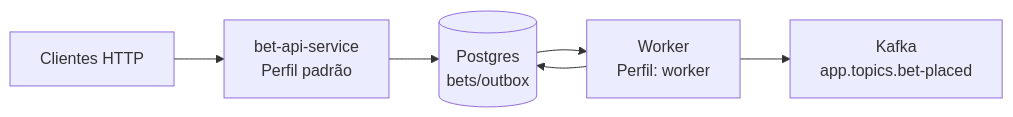
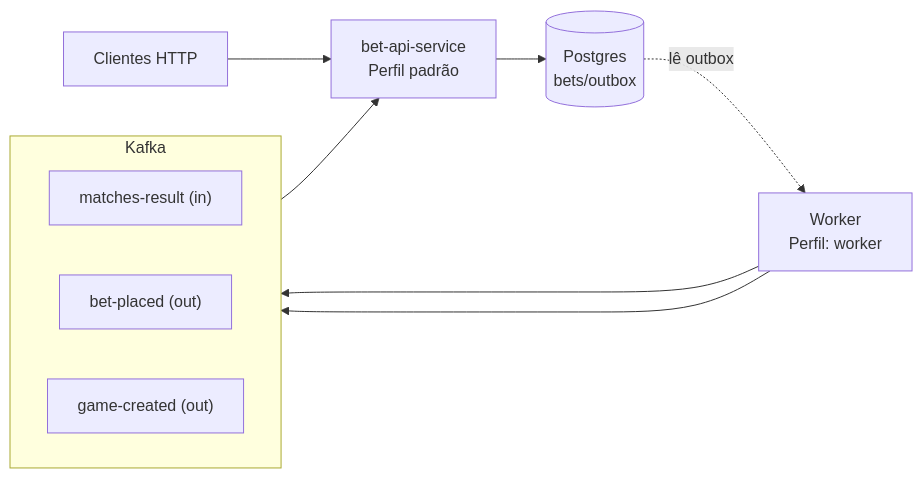
The first of 2 diagrams in services/bet-api-service/README.md (dev-rodrigues/bet-platform), drawn with Mermaid before and after one commit.

Commit message:
feat: atualizar diagrama de fluxo no README para incluir Kafka

````diff
--- a/services/bet-api-service/README.md
+++ b/services/bet-api-service/README.md
@@ -8,8 +8,16 @@
 ```mermaid
 flowchart LR
+    subgraph Kafka["Kafka"]
+        direction LR
+        kafkaIn["matches-result (in)"]
+        kafkaBetOut["bet-placed (out)"]
+        kafkaGameOut["game-created (out)"]
+    end
+
+    kafkaIn --> api
     client[Clientes HTTP] --> api[bet-api-service<br/>Perfil padrão]
     api --> db[(Postgres<br/>bets/outbox)]
-    db --> worker[Worker<br/>Perfil: worker]
-    worker --> kafka[Kafka<br/>app.topics.bet-placed]
-    worker --> db
+    db -. lê outbox .-> worker[Worker<br/>Perfil: worker]
+    worker --> kafkaBetOut
+    worker --> kafkaGameOut
 ```
````
